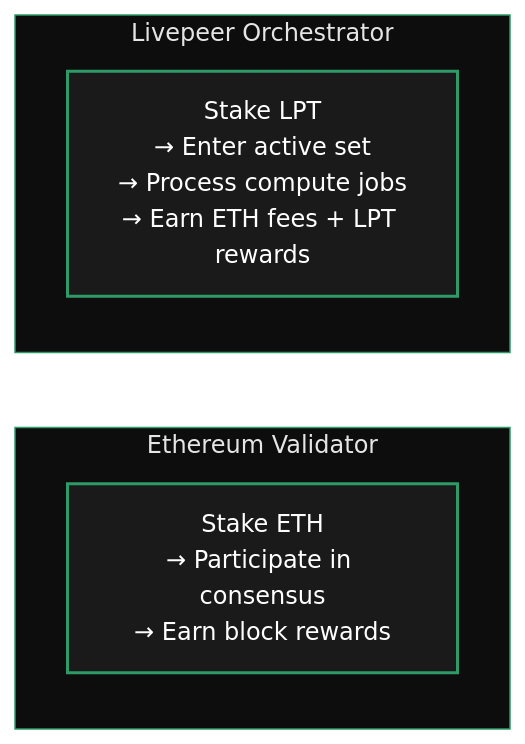
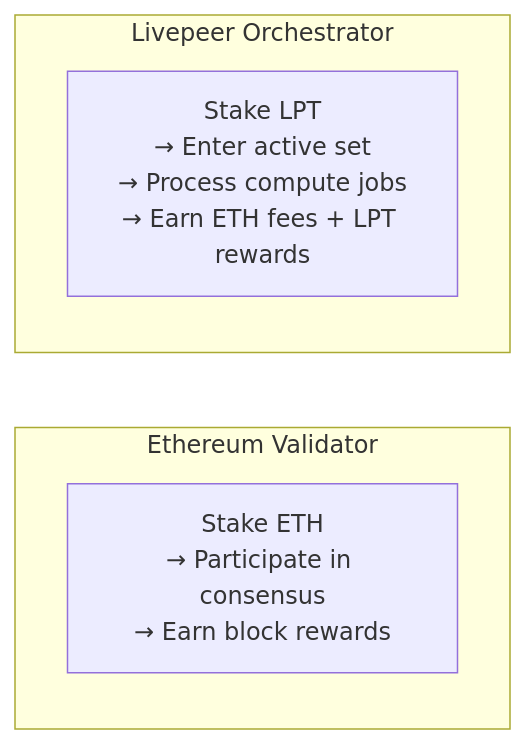
The second of 5 diagrams in v2/orchestrators/concepts/role.mdx (sidestream-tech/livepeer-docs), drawn with Mermaid before and after one commit. The commit also changed other lines of this file and 85 other files, not shown here.

````diff
--- a/v2/orchestrators/concepts/role.mdx
+++ b/v2/orchestrators/concepts/role.mdx
@@ -99,14 +93,10 @@
       ```mermaid
-      %%{init: {'theme': 'base', 'themeVariables': { 'primaryColor': '#1a1a1a', 'primaryTextColor': '#fff', 'primaryBorderColor': '#2d9a67', 'lineColor': '#2d9a67', 'secondaryColor': '#0d0d0d', 'tertiaryColor': '#1a1a1a', 'background': '#0d0d0d', 'fontFamily': 'system-ui' }}}%%
       flowchart LR
           subgraph ETH["Ethereum Validator"]
               A["Stake ETH<br/>→ Participate in consensus<br/>→ Earn block rewards"]
           end
           subgraph LP["Livepeer Orchestrator"]
               B["Stake LPT<br/>→ Enter active set<br/>→ Process compute jobs<br/>→ Earn ETH fees + LPT rewards"]
           end
 
-          classDef default fill:#1a1a1a,color:#fff,stroke:#2d9a67,stroke-width:2px
-          style ETH fill:#0d0d0d,stroke:#2d9a67,stroke-width:1px
-          style LP fill:#0d0d0d,stroke:#2d9a67,stroke-width:1px
       ```
````
